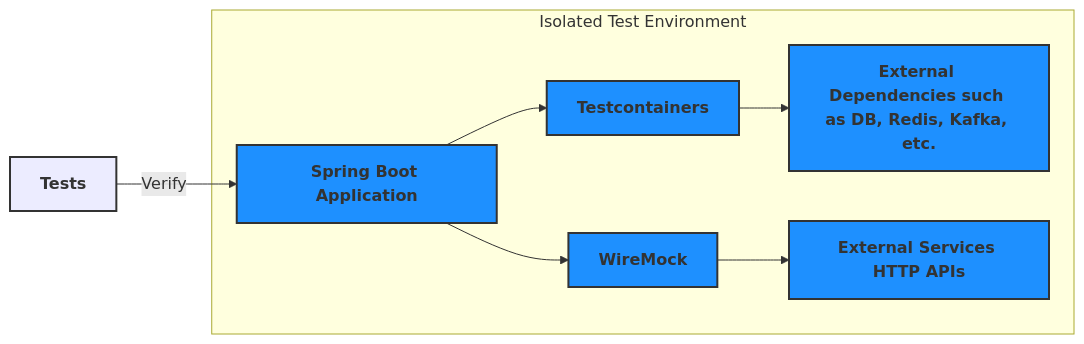
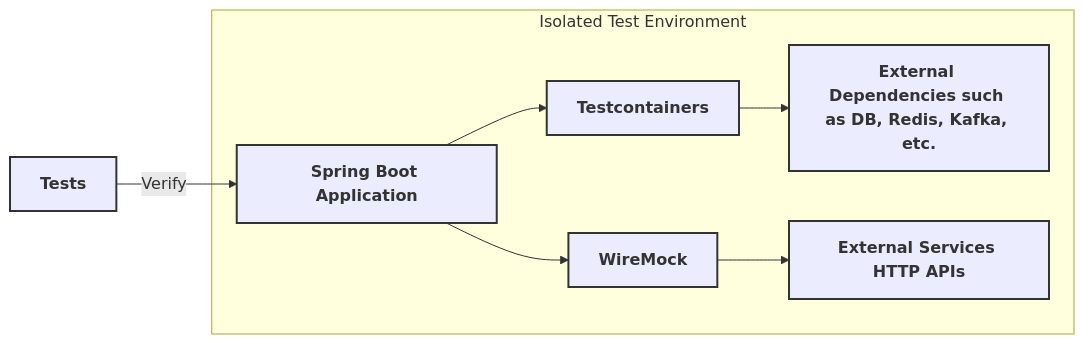
The fourth of 4 diagrams in docs/blog/articles/java/testing/shift-left-testing-with-springboot.md (nramc/my-notes), drawn with Mermaid before and after one commit. The commit also changed other lines of this file, not shown here.

````diff
--- a/docs/blog/articles/java/testing/shift-left-testing-with-springboot.md
+++ b/docs/blog/articles/java/testing/shift-left-testing-with-springboot.md
@@ -230,17 +233,17 @@
 ```mermaid
 graph LR;
     subgraph "Isolated Test Environment"
         A[Spring Boot Application] --> B[Testcontainers]
         B --> C[External Dependencies such as DB, Redis, Kafka, etc.]
         A --> D[WireMock]
         D --> E[External Services HTTP APIs]
     end
     F[Tests] --> |Verify| A
 
-    style A fill:#1E90FF,stroke:#333,stroke-width:2px,font-weight:bold
-    style B fill:#1E90FF,stroke:#333,stroke-width:2px,font-weight:bold
-    style C fill:#1E90FF,stroke:#333,stroke-width:2px,font-weight:bold
-    style D fill:#1E90FF,stroke:#333,stroke-width:2px,font-weight:bold
-    style E fill:#1E90FF,stroke:#333,stroke-width:2px,font-weight:bold
+    style A stroke:#333,stroke-width:2px,font-weight:bold
+    style B stroke:#333,stroke-width:2px,font-weight:bold
+    style C stroke:#333,stroke-width:2px,font-weight:bold
+    style D stroke:#333,stroke-width:2px,font-weight:bold
+    style E stroke:#333,stroke-width:2px,font-weight:bold
     style F stroke:#333,stroke-width:2px,font-weight:bold
 ```
````
